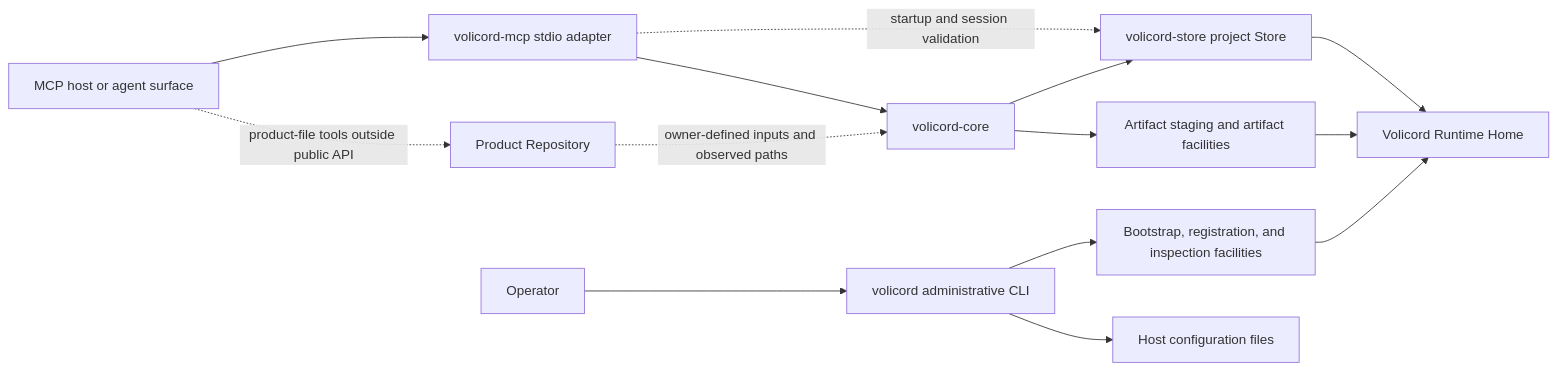
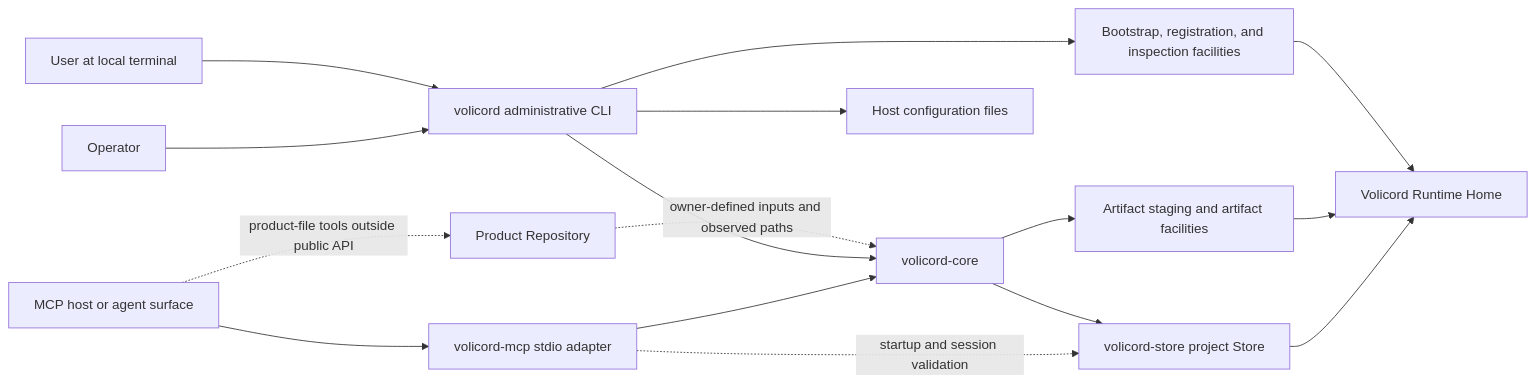
One commit to minjungw00/Harness_Project changed the first of 4 diagrams in docs/en/development/architecture.md. Above: the diagram before and after it, drawn with Mermaid. The commit also changed other lines of this file and 9 other files, not shown here.

````diff
--- a/docs/en/development/architecture.md
+++ b/docs/en/development/architecture.md
@@ -15,30 +15,33 @@
 ```mermaid
 flowchart LR
   host[MCP host or agent surface]
   mcp["volicord-mcp stdio adapter"]
   core["volicord-core"]
   store["volicord-store project Store"]
   artifacts[Artifact staging and artifact facilities]
   operator[Operator]
   cli["volicord administrative CLI"]
   bootstrap[Bootstrap, registration, and inspection facilities]
+  user[User at local terminal]
   runtime["Volicord Runtime Home"]
   config[Host configuration files]
   product["Product Repository"]
 
   host --> mcp
   mcp --> core
   mcp -. startup and session validation .-> store
   core --> store
   core --> artifacts
   store --> runtime
   artifacts --> runtime
 
   operator --> cli
+  user --> cli
   cli --> bootstrap
+  cli --> core
   cli --> config
   bootstrap --> runtime
 
   product -. owner-defined inputs and observed paths .-> core
   host -. product-file tools outside public API .-> product
 ```
````
